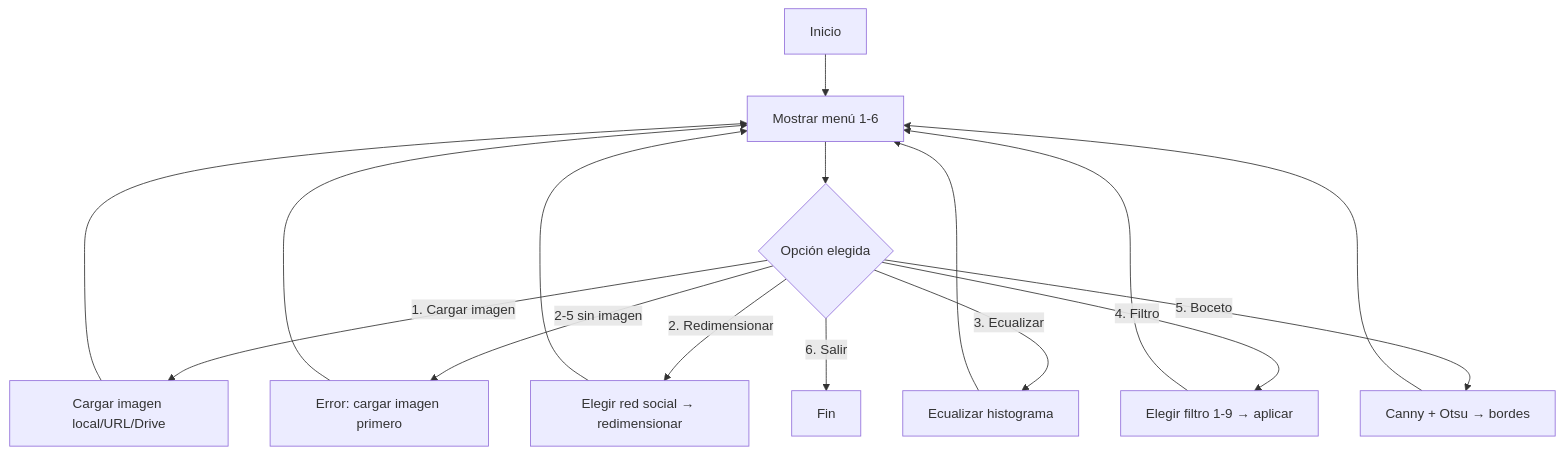
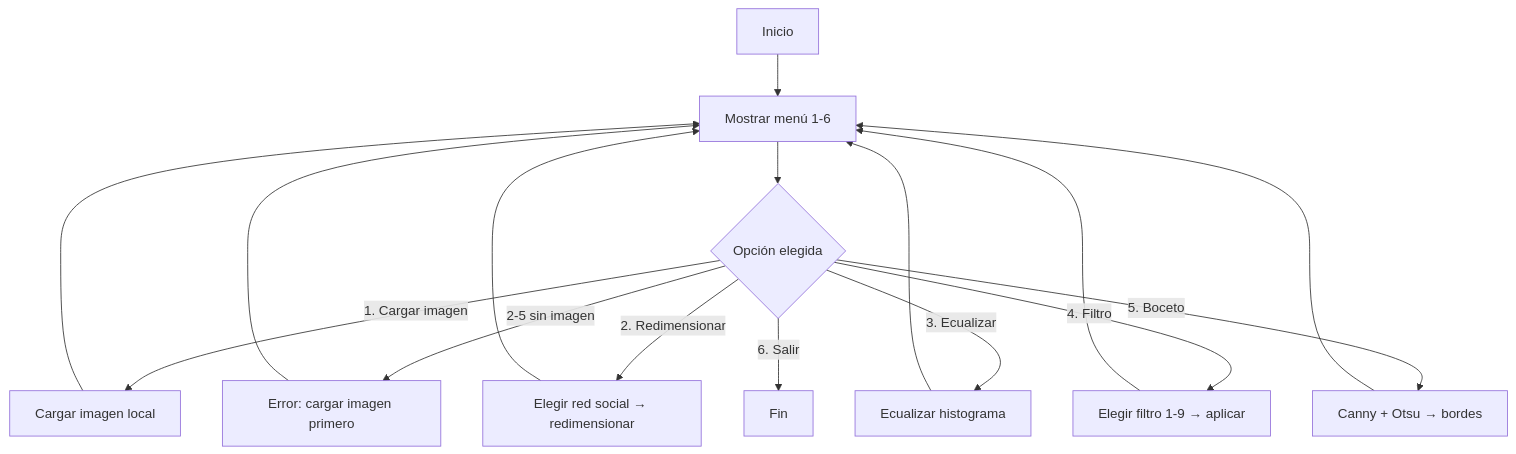
One commit to MarceloAdan73/FotoApp changed the diagram in README.md. Above: the diagram before and after it, drawn with Mermaid. The commit also changed other lines of this file, not shown here.

````diff
--- a/README.md
+++ b/README.md
@@ -33,18 +52,18 @@
 ```mermaid
 flowchart TD
     A[Inicio] --> B[Mostrar menú 1-6]
     B --> C{Opción elegida}
-    C -->|1. Cargar imagen| D[Cargar imagen local/URL/Drive]
+    C -->|1. Cargar imagen| D[Cargar imagen local]
     D --> B
     C -->|2-5 sin imagen| E[Error: cargar imagen primero]
     E --> B
     C -->|2. Redimensionar| F[Elegir red social → redimensionar]
     C -->|3. Ecualizar| G[Ecualizar histograma]
     C -->|4. Filtro| H[Elegir filtro 1-9 → aplicar]
     C -->|5. Boceto| I[Canny + Otsu → bordes]
     C -->|6. Salir| J[Fin]
     F --> B
     G --> B
     H --> B
     I --> B
 ```
````
